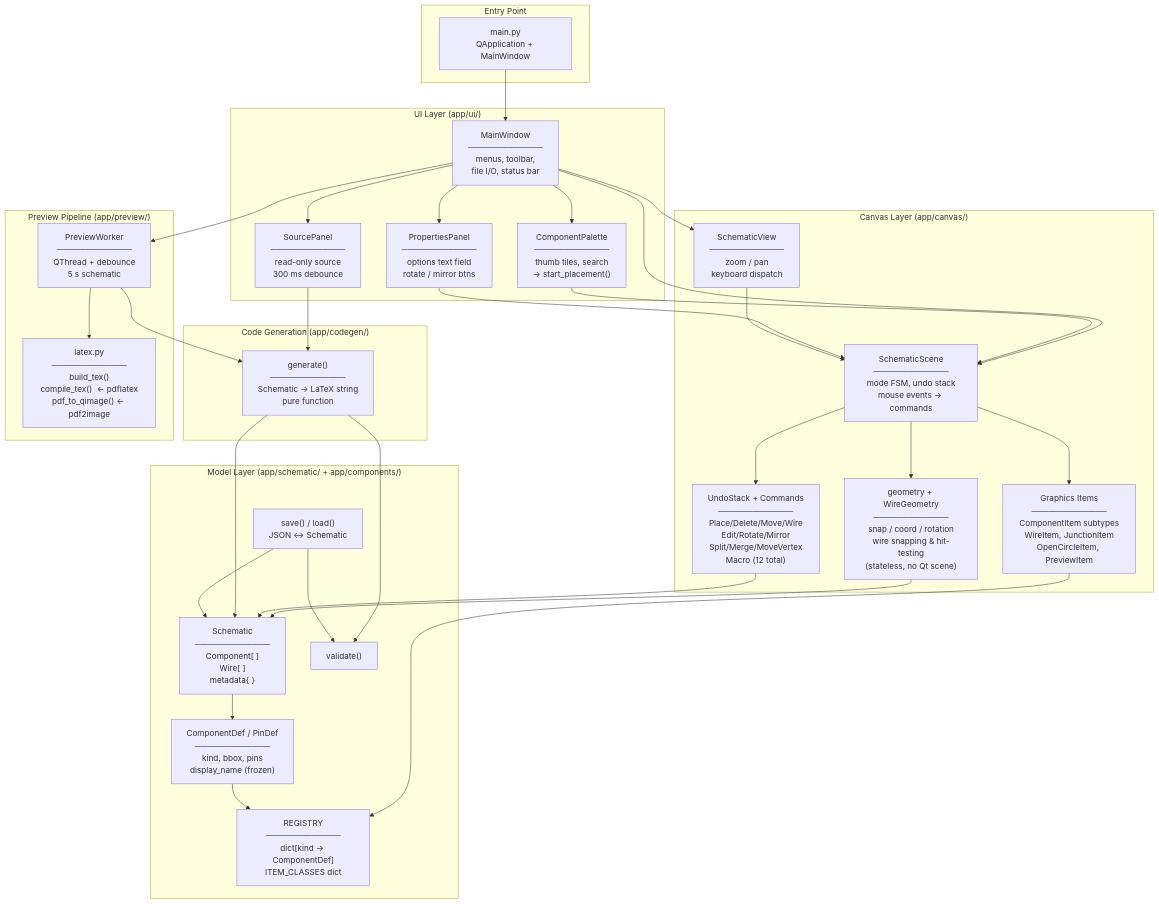
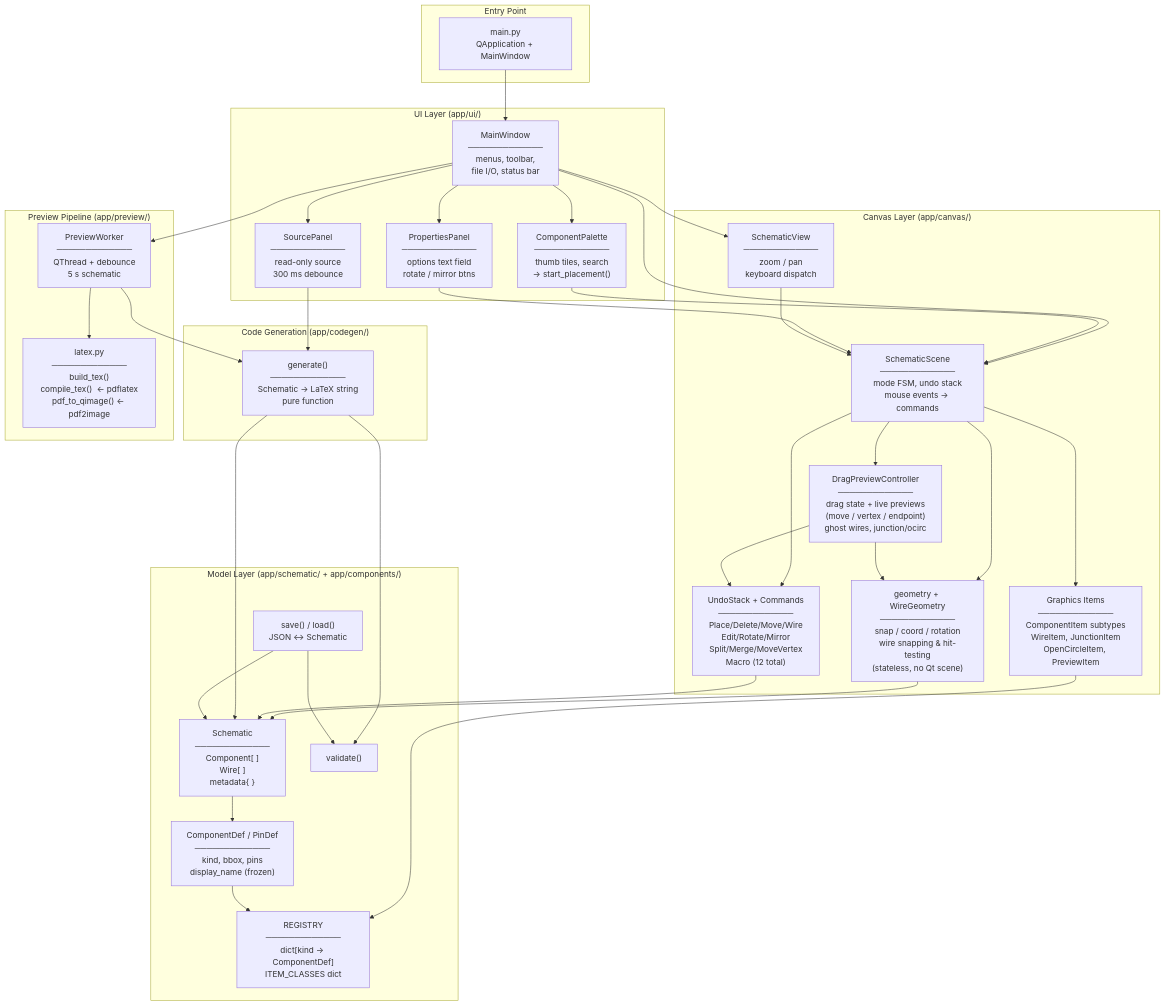
One commit to whileman133/Heaviside changed the first of 5 diagrams in ARCHITECTURE.md. Above: the diagram before and after it, drawn with Mermaid. The commit also changed other lines of this file and 3 other files, not shown here.

````diff
--- a/ARCHITECTURE.md
+++ b/ARCHITECTURE.md
@@ -5,70 +5,74 @@
 ```mermaid
 graph TB
     subgraph Entry["Entry Point"]
         main["main.py\nQApplication + MainWindow"]
     end
 
     subgraph UI["UI Layer  (app/ui/)"]
         MW["MainWindow\n─────────────\nmenus, toolbar,\nfile I/O, status bar"]
         PAL["ComponentPalette\n─────────────\nthumb tiles, search\n→ start_placement()"]
         PROP["PropertiesPanel\n─────────────\noptions text field\nrotate / mirror btns"]
         SRC["SourcePanel\n─────────────\nread-only source\n300 ms debounce"]
     end
 
     subgraph Canvas["Canvas Layer  (app/canvas/)"]
         SCENE["SchematicScene\n─────────────\nmode FSM, undo stack\nmouse events → commands"]
         GEOM["geometry + WireGeometry\n─────────────\nsnap / coord / rotation\nwire snapping & hit-testing\n(stateless, no Qt scene)"]
+        DRAG["DragPreviewController\n─────────────\ndrag state + live previews\n(move / vertex / endpoint)\nghost wires, junction/ocirc"]
         VIEW["SchematicView\n─────────────\nzoom / pan\nkeyboard dispatch"]
         ITEMS["Graphics Items\n─────────────\nComponentItem subtypes\nWireItem, JunctionItem\nOpenCircleItem, PreviewItem"]
         CMDS["UndoStack + Commands\n─────────────\nPlace/Delete/Move/Wire\nEdit/Rotate/Mirror\nSplit/Merge/MoveVertex\nMacro  (12 total)"]
     end
 
     subgraph Model["Model Layer  (app/schematic/ + app/components/)"]
         SCH["Schematic\n─────────────\nComponent[ ]\nWire[ ]\nmetadata{ }"]
         COMPS["ComponentDef / PinDef\n─────────────\nkind, bbox, pins\ndisplay_name (frozen)"]
         REG["REGISTRY\n─────────────\ndict[kind → ComponentDef]\nITEM_CLASSES dict"]
         VAL["validate()"]
         IO["save() / load()\nJSON ↔ Schematic"]
     end
 
     subgraph Codegen["Code Generation  (app/codegen/)"]
         GEN["generate()\n─────────────\nSchematic → LaTeX string\npure function"]
     end
 
     subgraph Preview["Preview Pipeline  (app/preview/)"]
         WORKER["PreviewWorker\n─────────────\nQThread + debounce\n5 s schematic"]
         LATEX["latex.py\n─────────────\nbuild_tex()\ncompile_tex()  ← pdflatex\npdf_to_qimage() ← pdf2image"]
     end
 
     main --> MW
     MW --> SCENE
     MW --> VIEW
     MW --> PAL
     MW --> PROP
     MW --> SRC
     MW --> WORKER
 
     PAL --> SCENE
     PROP --> SCENE
     SRC --> GEN
     VIEW --> SCENE
 
     SCENE --> CMDS
     SCENE --> ITEMS
     SCENE --> GEOM
+    SCENE --> DRAG
+    DRAG --> GEOM
+    DRAG --> CMDS
     GEOM --> SCH
     CMDS --> SCH
     ITEMS --> REG
 
     SCH --> COMPS
     COMPS --> REG
 
     GEN --> SCH
     GEN --> VAL
 
     IO --> SCH
     IO --> VAL
 
     WORKER --> GEN
     WORKER --> LATEX
 ```
````
